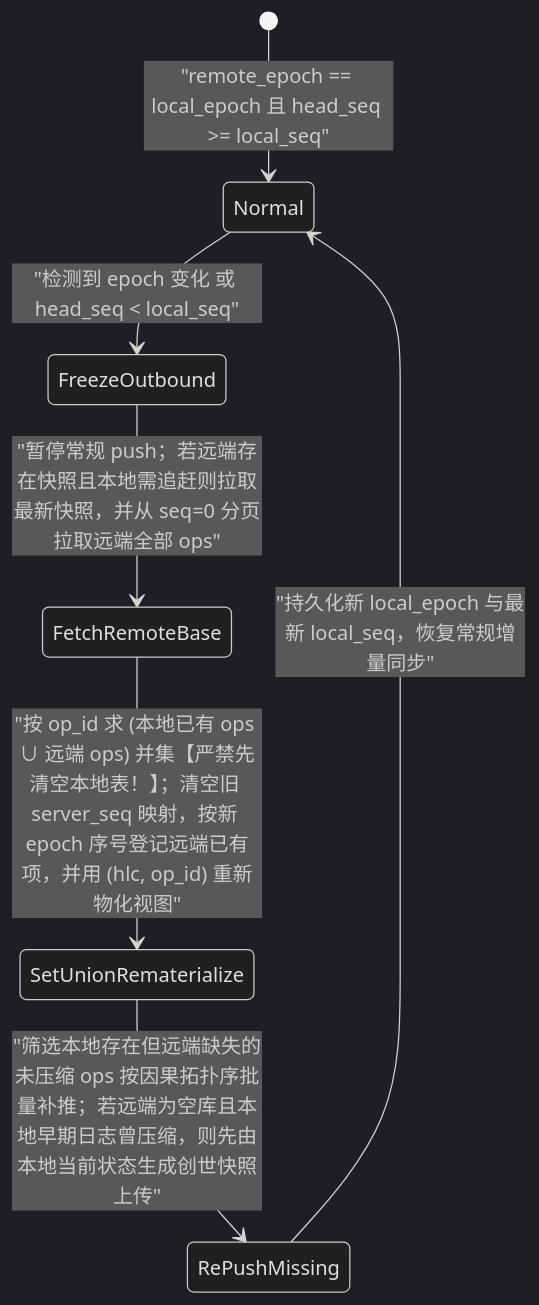
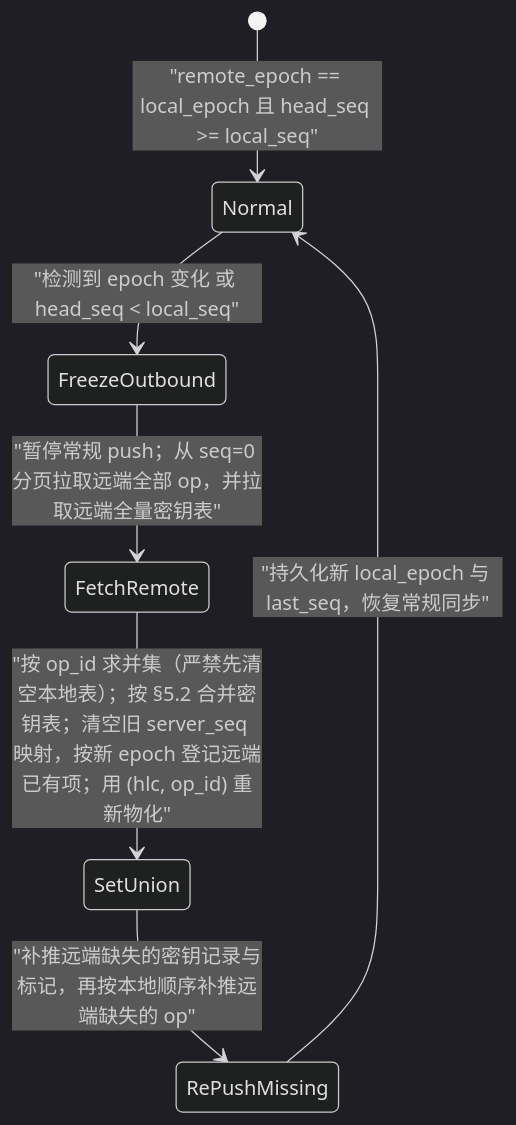
The second of 2 diagrams in docs/sync-protocol.md (gray0128/my-note), drawn with Mermaid (dark theme) before and after one commit. The commit also changed other lines of this file and 14 other files, not shown here.

````diff
--- a/docs/sync-protocol.md
+++ b/docs/sync-protocol.md
@@ -232,9 +316,9 @@
 ```mermaid
 stateDiagram-v2
     [*] --> Normal : "remote_epoch == local_epoch 且 head_seq >= local_seq"
     Normal --> FreezeOutbound : "检测到 epoch 变化 或 head_seq < local_seq"
-    FreezeOutbound --> FetchRemoteBase : "暂停常规 push；若远端存在快照且本地需追赶则拉取最新快照，并从 seq=0 分页拉取远端全部 ops"
-    FetchRemoteBase --> SetUnionRematerialize : "按 op_id 求 (本地已有 ops ∪ 远端 ops) 并集【严禁先清空本地表！】；清空旧 server_seq 映射，按新 epoch 序号登记远端已有项，并用 (hlc, op_id) 重新物化视图"
-    SetUnionRematerialize --> RePushMissing : "筛选本地存在但远端缺失的未压缩 ops 按因果拓扑序批量补推；若远端为空库且本地早期日志曾压缩，则先由本地当前状态生成创世快照上传"
-    RePushMissing --> Normal : "持久化新 local_epoch 与最新 local_seq，恢复常规增量同步"
+    FreezeOutbound --> FetchRemote : "暂停常规 push；从 seq=0 分页拉取远端全部 op，并拉取远端全量密钥表"
+    FetchRemote --> SetUnion : "按 op_id 求并集（严禁先清空本地表）；按 §5.2 合并密钥表；清空旧 server_seq 映射，按新 epoch 登记远端已有项；用 (hlc, op_id) 重新物化"
+    SetUnion --> RePushMissing : "补推远端缺失的密钥记录与标记，再按本地顺序补推远端缺失的 op"
+    RePushMissing --> Normal : "持久化新 local_epoch 与 last_seq，恢复常规同步"
 ```
````
